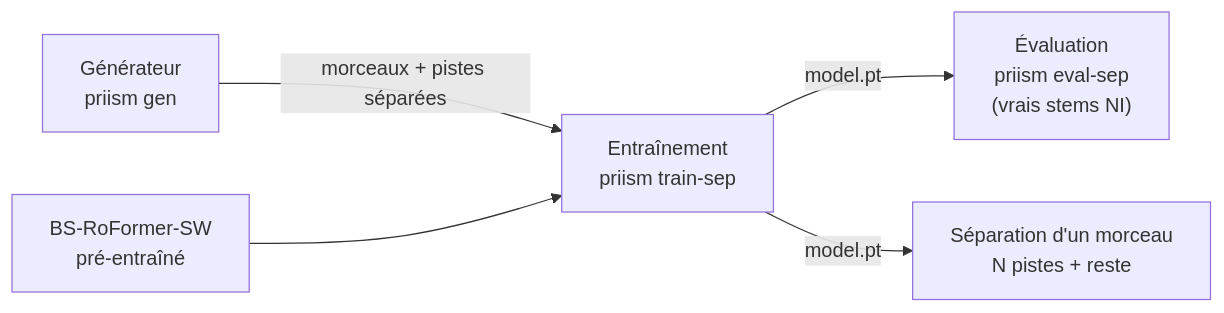
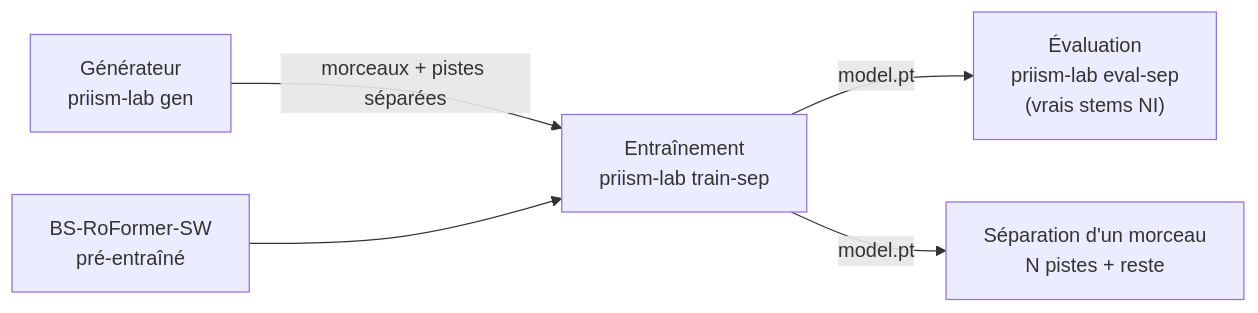
Before and after one commit to lucastabary/priism: the first of 6 diagrams in docs/modele.md, drawn with Mermaid. The commit also changed other lines of this file and 103 other files, not shown here.

First line of the commit message:
refactor: move research code under priism.lab with its own priism-lab CLI

````diff
--- a/docs/modele.md
+++ b/docs/modele.md
@@ -20,7 +20,7 @@
 ```mermaid
 flowchart LR
-    G["Générateur<br/>priism gen"] -->|"morceaux + pistes séparées"| T["Entraînement<br/>priism train-sep"]
+    G["Générateur<br/>priism-lab gen"] -->|"morceaux + pistes séparées"| T["Entraînement<br/>priism-lab train-sep"]
     P["BS-RoFormer-SW<br/>pré-entraîné"] --> T
-    T -->|"model.pt"| E["Évaluation<br/>priism eval-sep<br/>(vrais stems NI)"]
+    T -->|"model.pt"| E["Évaluation<br/>priism-lab eval-sep<br/>(vrais stems NI)"]
     T -->|"model.pt"| S["Séparation d'un morceau<br/>N pistes + reste"]
 ```
````
